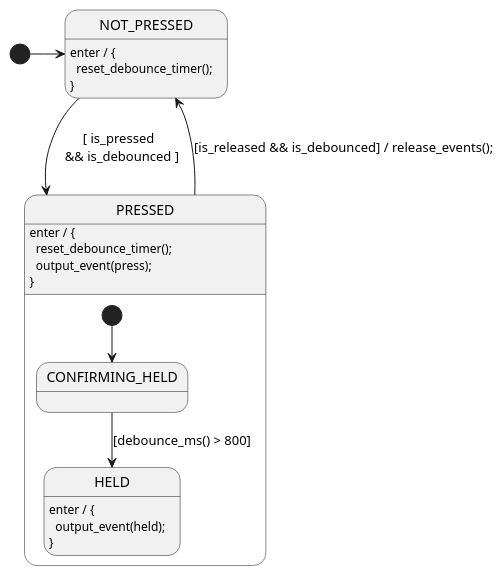
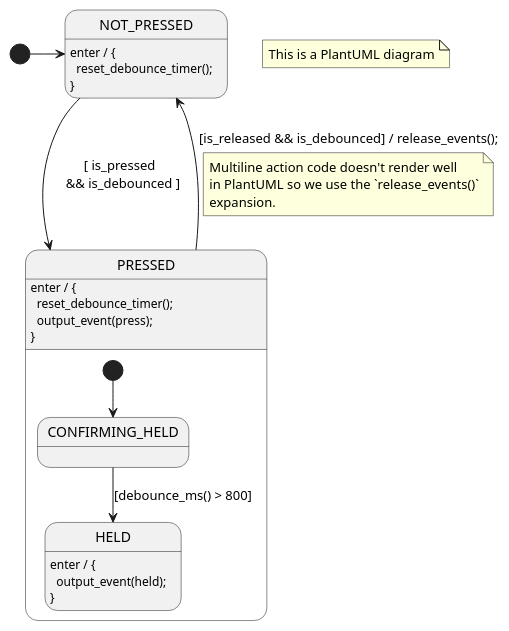
The diagram in examples/ButtonSm1Cpp/ButtonSm1Cpp/ButtonSm1Cpp.puml (StateSmith/StateSmith), drawn with PlantUML before and after one commit. The commit also changed 10 other files, not shown here.

First line of the commit message:
plantuml - documentation, examples, skinparam fix

```diff
--- a/examples/ButtonSm1Cpp/ButtonSm1Cpp/ButtonSm1Cpp.puml
+++ b/examples/ButtonSm1Cpp/ButtonSm1Cpp/ButtonSm1Cpp.puml
@@ -1,28 +1,31 @@
 @startuml ButtonSm1Cpp
 
 [*] -> NOT_PRESSED
 state NOT_PRESSED {
   NOT_PRESSED : enter / {\n  reset_debounce_timer();\n}
 }
+
+note "This is a PlantUML diagram" as N1
 
 state PRESSED {
   PRESSED : enter / {\n  reset_debounce_timer();\n  output_event(press);\n}
 
   HELD : enter / {\n  output_event(held);\n}
 
   [*] -down-> CONFIRMING_HELD
   CONFIRMING_HELD -down-> HELD : [debounce_ms() > 800]
 }
 
 /'
 Note:
 I couldn't get the below transition to match the yEd diagram. PlantUML center aligns the below label
 and makes it hard to read. Does anyone know how to left align it?
 PRESSED --> NOT_PRESSED : [is_released && is_debounced] / {\n  if (debounce_ms() <= 200) {\n    output_event(tap);\n  }\n  output_event(release);\n}
 '/
 
 PRESSED --> NOT_PRESSED : [is_released && is_debounced] / release_events();
+note on link : Multiline action code doesn't render well\nin PlantUML so we use the `release_events()`\nexpansion.
 
 NOT_PRESSED --> PRESSED : [ is_pressed\n  && is_debounced ]
 
 @enduml
```
